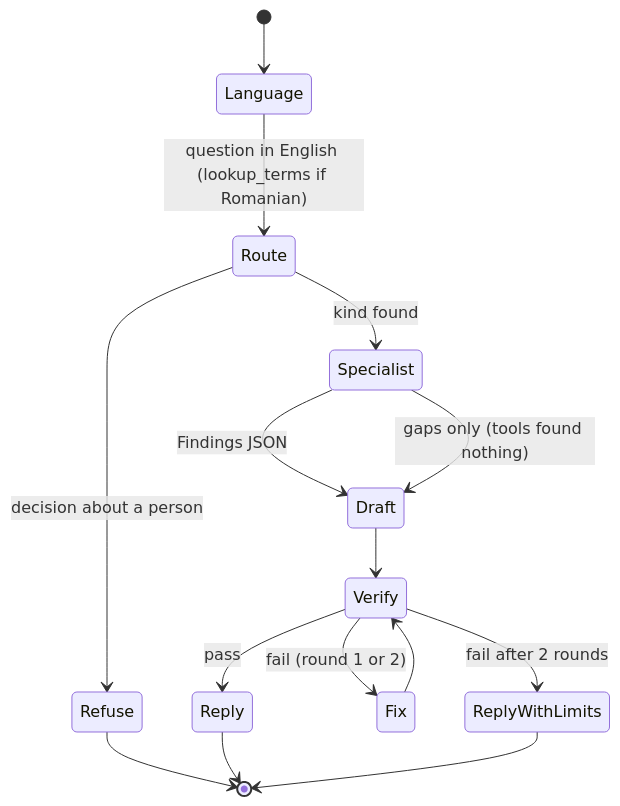
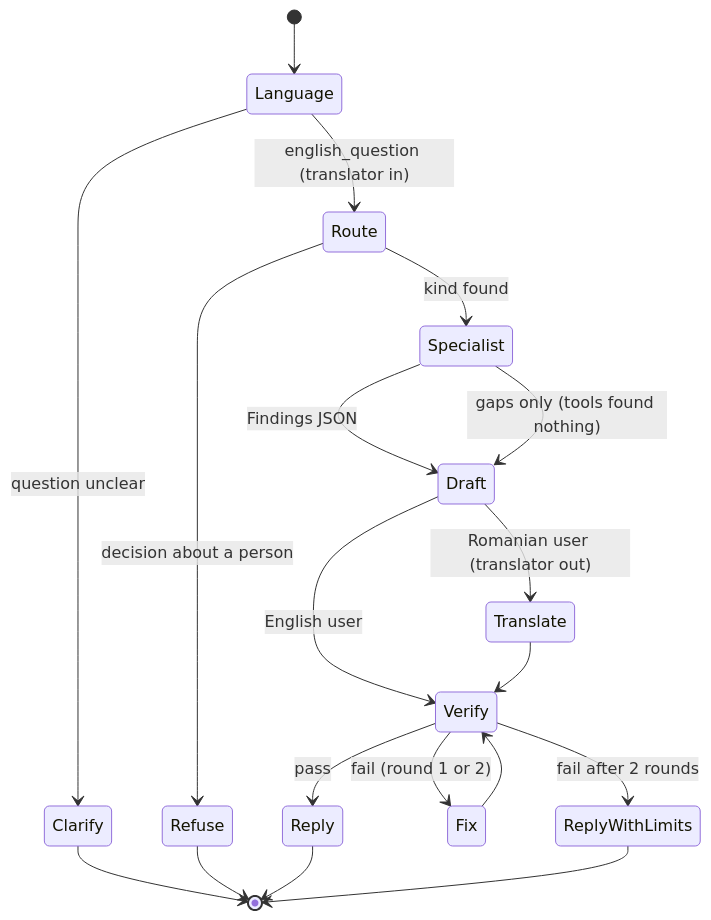
The second of 4 diagrams in architecture/design/agents.md (florinmarcus/builders_lab), drawn with Mermaid before and after one commit. The commit also changed other lines of this file and 13 other files, not shown here.

First line of the commit message:
Translator sub-agent (Haiku, lookup_terms only): Romanian in and out; contracts v2 with translator messages; workflow, agents design and tests updated

````diff
--- a/architecture/design/agents.md
+++ b/architecture/design/agents.md
@@ -45,17 +48,21 @@
 ```mermaid
 stateDiagram-v2
     [*] --> Language
-    Language --> Route: question in English (lookup_terms if Romanian)
+    Language --> Clarify: question unclear
+    Language --> Route: english_question (translator in)
+    Clarify --> [*]
     Route --> Refuse: decision about a person
     Route --> Specialist: kind found
     Specialist --> Draft: Findings JSON
     Specialist --> Draft: gaps only (tools found nothing)
-    Draft --> Verify
+    Draft --> Translate: Romanian user (translator out)
+    Draft --> Verify: English user
+    Translate --> Verify
     Verify --> Reply: pass
     Verify --> Fix: fail (round 1 or 2)
     Fix --> Verify
     Verify --> ReplyWithLimits: fail after 2 rounds
     Refuse --> [*]
     Reply --> [*]
     ReplyWithLimits --> [*]
 ```
````
